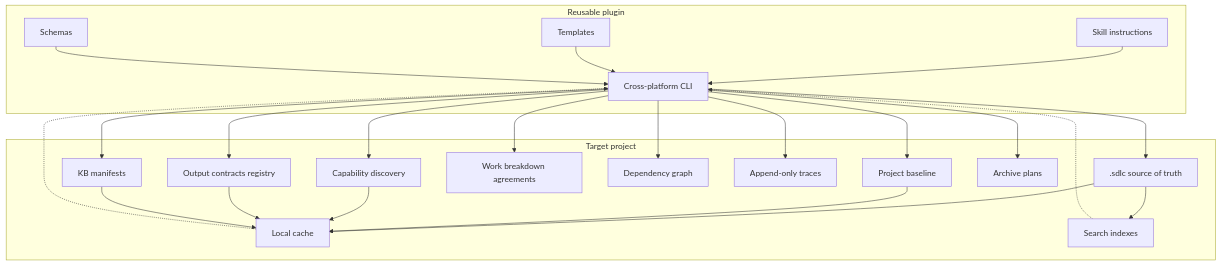
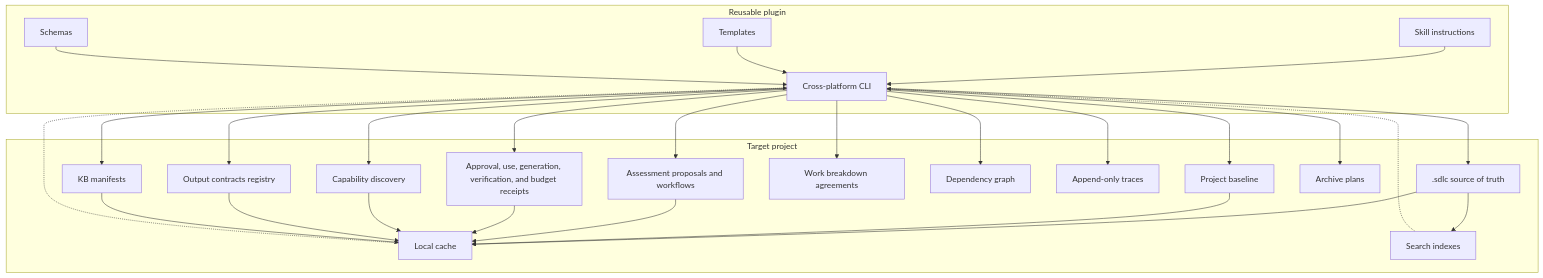
Before and after one commit to aantenore/agentic-sdlc-codex-plugin: the first of 12 diagrams in docs/architecture.md, drawn with Mermaid. The commit also changed other lines of this file and 48 other files, not shown here.

````diff
--- a/docs/architecture.md
+++ b/docs/architecture.md
@@ -35,44 +40,50 @@
 ```mermaid
 flowchart TB
   subgraph Plugin["Reusable plugin"]
     Skill["Skill instructions"]
     Templates["Templates"]
     Schemas["Schemas"]
     CLI["Cross-platform CLI"]
   end
 
   subgraph Project["Target project"]
     KB[".sdlc source of truth"]
     Baseline["Project baseline"]
+    Assessments["Assessment proposals and workflows"]
+    Receipts["Approval, use, generation, verification, and budget receipts"]
     Capabilities["Capability discovery"]
     OutputRegistry["Output contracts registry"]
     Breakdown["Work breakdown agreements"]
     Dependencies["Dependency graph"]
     Traces["Append-only traces"]
     Manifests["KB manifests"]
     Archive["Archive plans"]
     Cache["Local cache"]
     Indexes["Search indexes"]
   end
 
   Skill --> CLI
   Templates --> CLI
   Schemas --> CLI
   CLI --> KB
   CLI --> Baseline
+  CLI --> Assessments
+  CLI --> Receipts
   CLI --> Capabilities
   CLI --> OutputRegistry
   CLI --> Breakdown
   CLI --> Dependencies
   CLI --> Traces
   CLI --> Manifests
   CLI --> Archive
   KB --> Cache
   Baseline --> Cache
+  Assessments --> Cache
+  Receipts --> Cache
   Capabilities --> Cache
   KB --> Indexes
   OutputRegistry --> Cache
   Manifests --> Cache
   Cache -.-> CLI
   Indexes -.-> CLI
 ```
````
